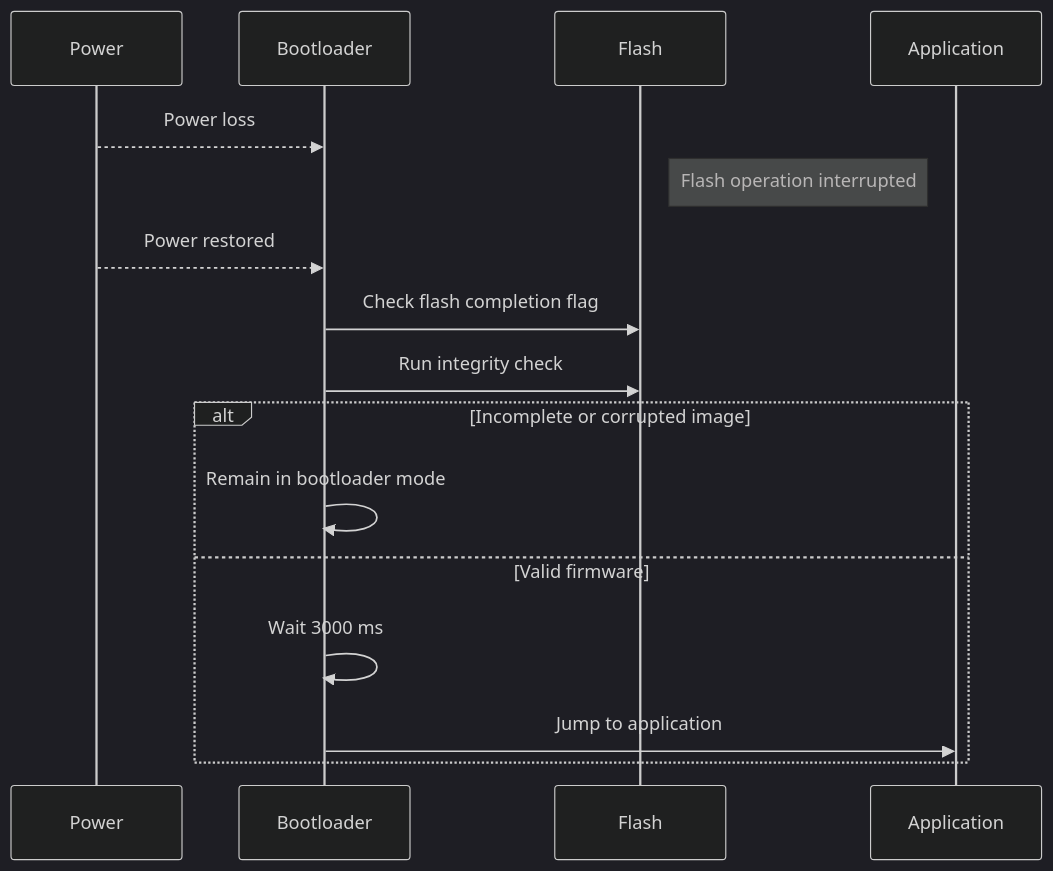
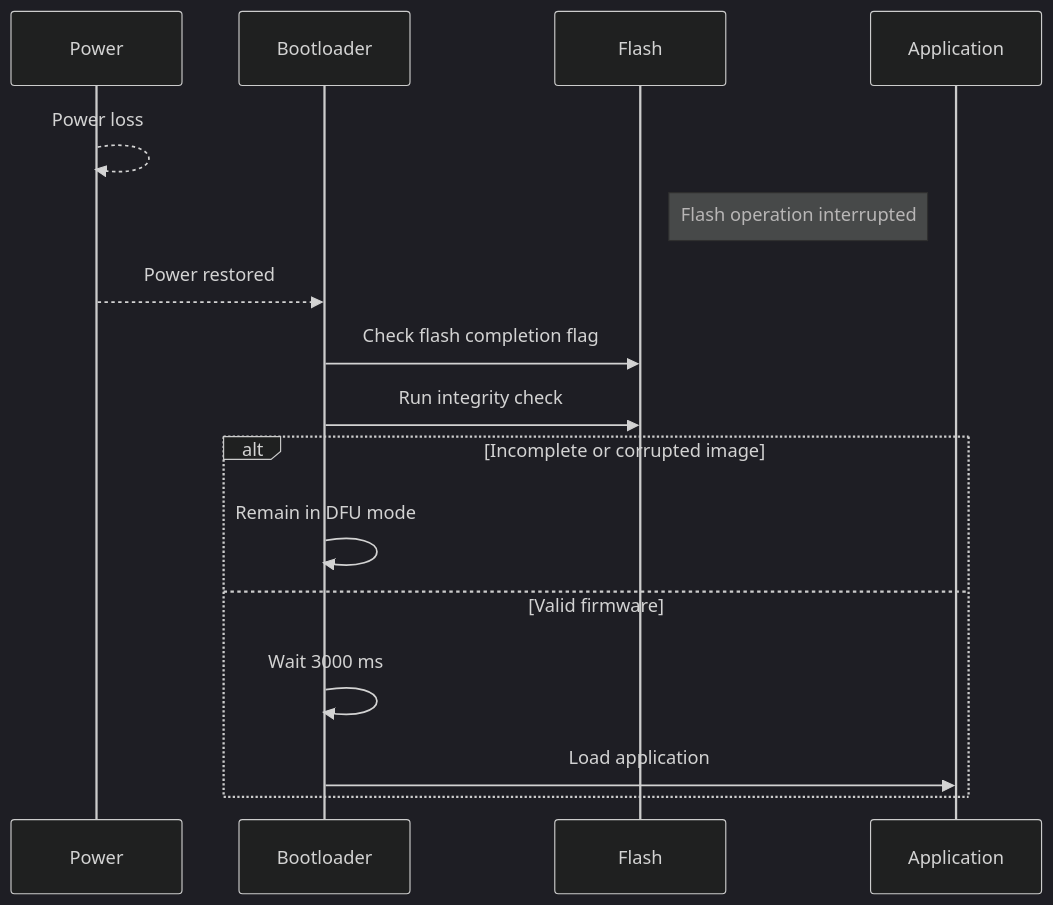
Before and after one commit to csg523/project-p1-nrf52-bootloader: the fourth of 4 diagrams in docs/sections/sdlc-traceability.md, drawn with Mermaid (dark theme). The commit also changed other lines of this file, not shown here.

Commit message:
Sequence diagram done

````diff
--- a/docs/sections/sdlc-traceability.md
+++ b/docs/sections/sdlc-traceability.md
@@ -70,20 +75,20 @@
 ```mermaid
 sequenceDiagram
     participant Power
     participant Bootloader
     participant Flash
 
-    Power-->>Bootloader: Power loss
+    Power-->>Power: Power loss
     note right of Flash: Flash operation interrupted
 
     Power-->>Bootloader: Power restored
     Bootloader->>Flash: Check flash completion flag
     Bootloader->>Flash: Run integrity check
 
     alt Incomplete or corrupted image
-        Bootloader->>Bootloader: Remain in bootloader mode
+        Bootloader->>Bootloader: Remain in DFU mode
     else Valid firmware
         Bootloader->>Bootloader: Wait 3000 ms
-        Bootloader->>Application: Jump to application
+        Bootloader->>Application: Load application
     end
 ```
````
